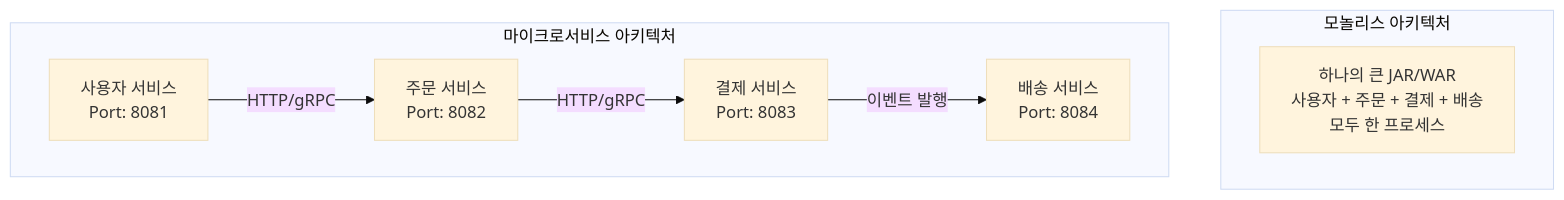
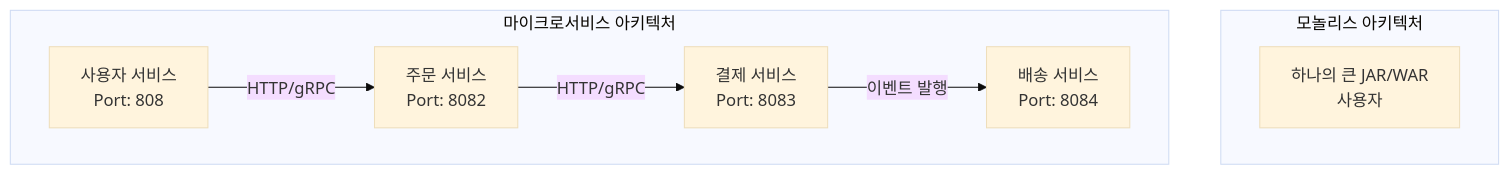
Before and after one commit to yjkim2015/yjkim2015.github.io: diagram 14 of 17 in _posts/systemdesign/2026-05-02-system-design-fundamentals.md, drawn with Mermaid (base theme). The commit also changed other lines of this file and 271 other files, not shown here.

First line of the commit message:
Mermaid 라벨 축소: 긴 노드 텍스트 18자 이하로 트림 + \n 제거

````diff
--- a/_posts/systemdesign/2026-05-02-system-design-fundamentals.md
+++ b/_posts/systemdesign/2026-05-02-system-design-fundamentals.md
@@ -494,15 +494,15 @@
 ```mermaid
 graph TD
     subgraph "모놀리스 아키텍처"
-        M["하나의 큰 JAR/WAR\n사용자 + 주문 + 결제 + 배송\n모두 한 프로세스"]
+        M["하나의 큰 JAR/WAR\n사용자"]
     end
     subgraph "마이크로서비스 아키텍처"
-        US["사용자 서비스\nPort: 8081"]
+        US["사용자 서비스\nPort: 808"]
         OS["주문 서비스\nPort: 8082"]
         PS["결제 서비스\nPort: 8083"]
         DS["배송 서비스\nPort: 8084"]
     end
     US -->|"HTTP/gRPC"| OS
     OS -->|"HTTP/gRPC"| PS
     PS -->|"이벤트 발행"| DS
 ```
````
